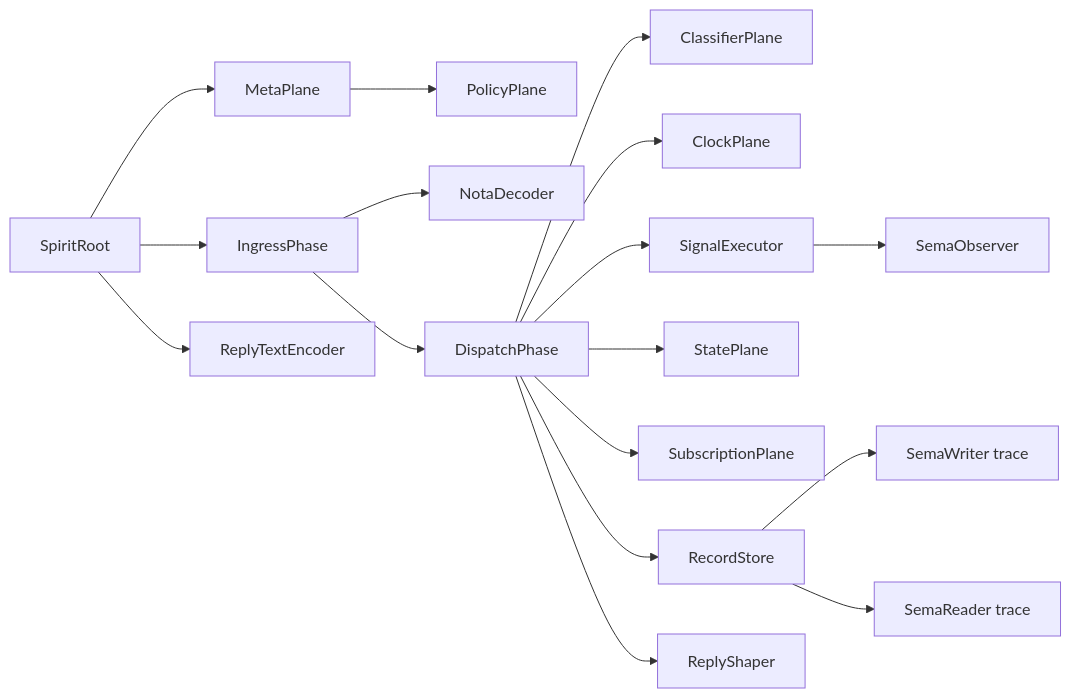
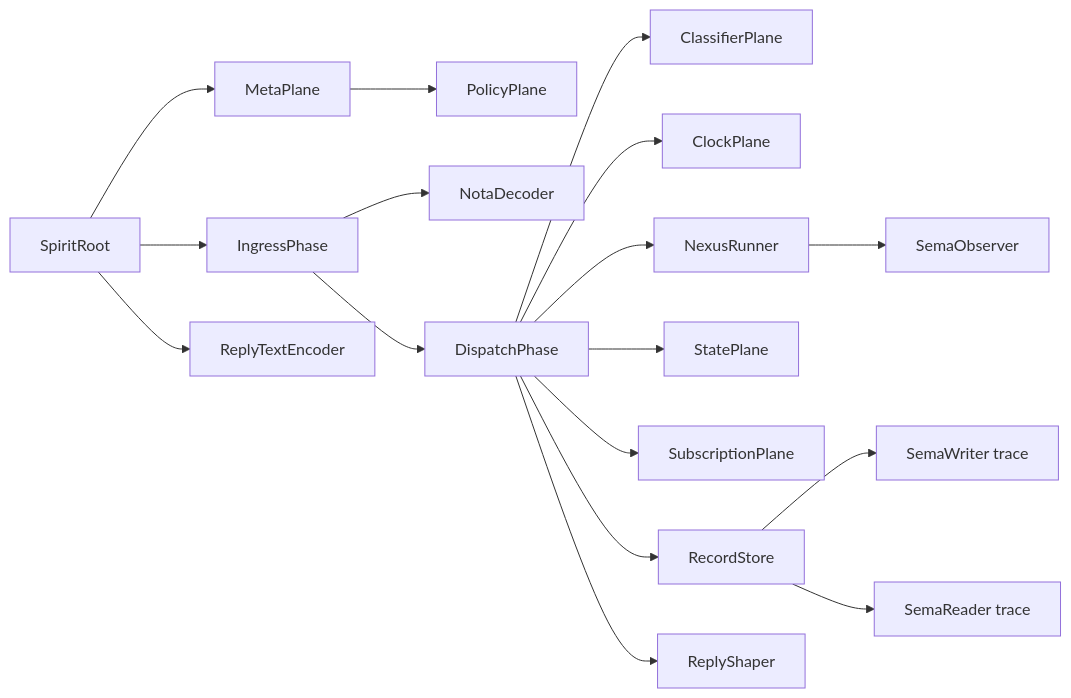
Before and after one commit to LiGoldragon/persona-spirit: the second of 4 diagrams in ARCHITECTURE.md, drawn with Mermaid. The commit also changed other lines of this file and 8 other files, not shown here.

Commit message:
persona-spirit: replace signal-executor dispatch with triad runner

````diff
--- a/ARCHITECTURE.md
+++ b/ARCHITECTURE.md
@@ -116,37 +116,37 @@
 ```mermaid
 flowchart LR
     root["SpiritRoot"]
     meta["MetaPlane"]
     policy["PolicyPlane"]
     ingress["IngressPhase"]
     decoder["NotaDecoder"]
     classifier["ClassifierPlane"]
     clock["ClockPlane"]
     dispatch["DispatchPhase"]
-    executor["SignalExecutor"]
+    executor["NexusRunner"]
     observer["SemaObserver"]
     state["StatePlane"]
     subscription["SubscriptionPlane"]
     store["RecordStore"]
     shaper["ReplyShaper"]
     encoder["ReplyTextEncoder"]
     writer["SemaWriter trace"]
     reader["SemaReader trace"]
 
     root --> meta
     meta --> policy
     root --> ingress
     ingress --> decoder
     ingress --> dispatch
     dispatch --> classifier
     dispatch --> clock
     dispatch --> executor
     executor --> observer
     dispatch --> state
     dispatch --> subscription
     dispatch --> store
     dispatch --> shaper
     store --> writer
     store --> reader
     root --> encoder
 ```
````
